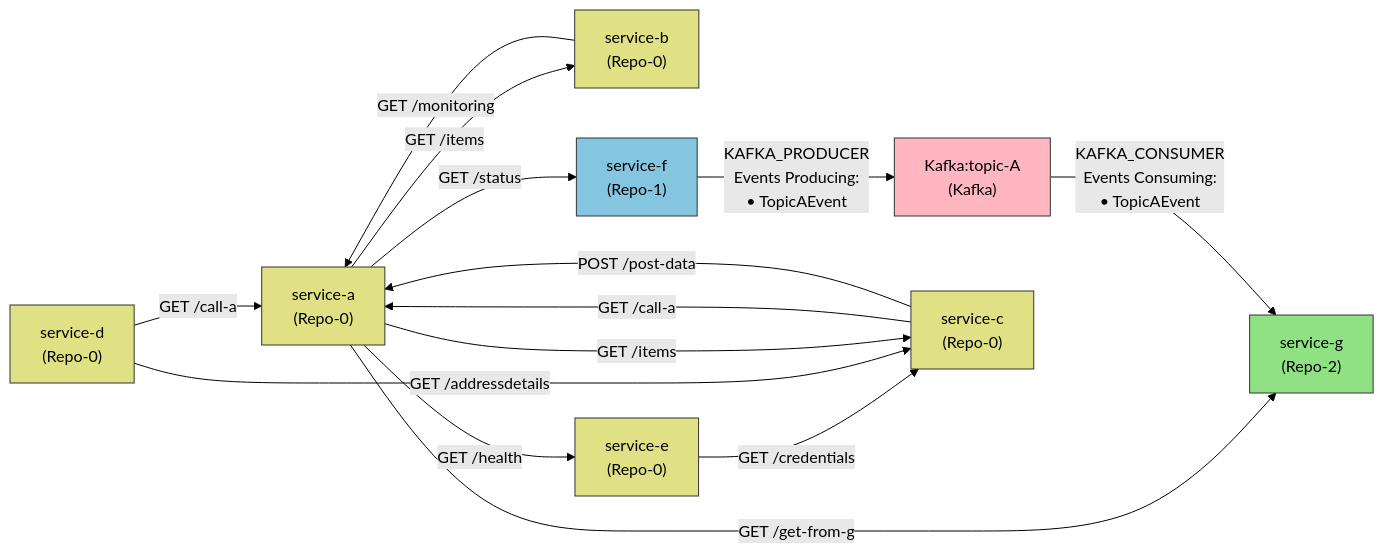
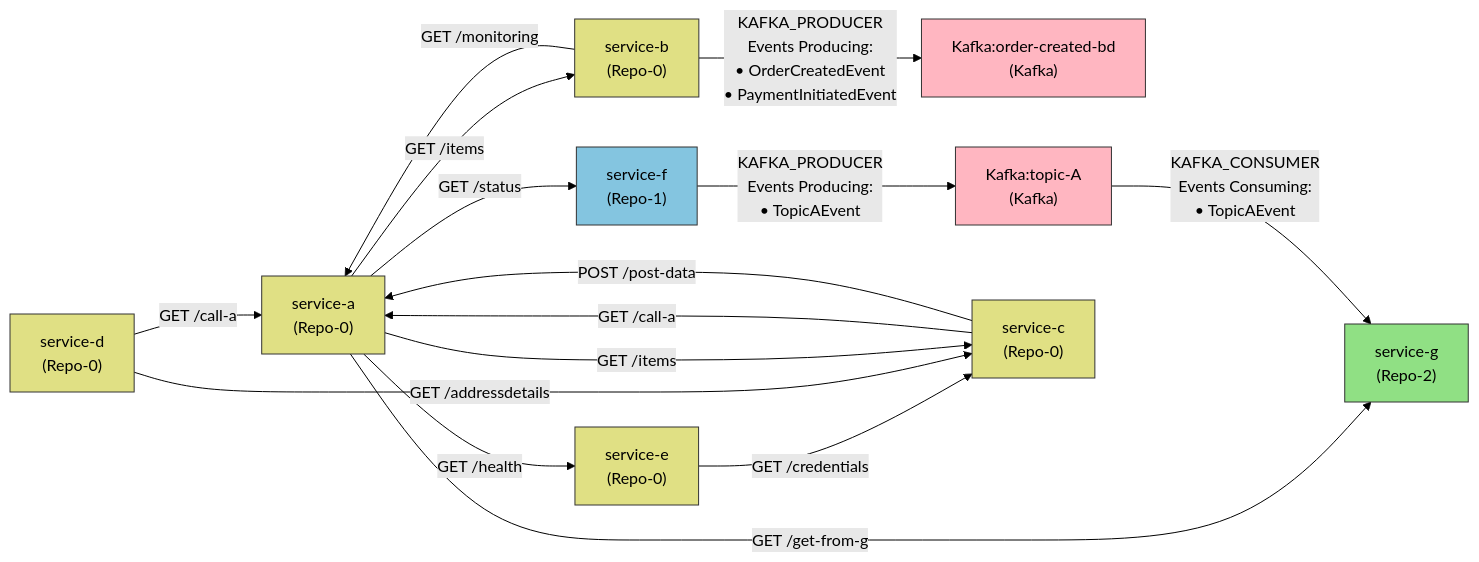
The diagram in output/deps.md (lokesh0507/First_project), drawn with Mermaid (forest theme) before and after one commit. The commit also changed 1 other file, not shown here.

Commit message:
Auto-update dependency graph

````diff
--- a/output/deps.md
+++ b/output/deps.md
@@ -1,43 +1,46 @@
 ```mermaid
 graph LR
 classDef Kafka fill:#FFB6C1,stroke:#333,color:#000
 classDef Repo_0 fill:#E0E084,stroke:#333,color:#000
 classDef Repo_1 fill:#84C5E0,stroke:#333,color:#000
 classDef Repo_2 fill:#90E084,stroke:#333,color:#000
 
+  Kafka_order_created_bd["Kafka:order-created-bd
+(Kafka)"]
   Kafka_topic_A["Kafka:topic-A
 (Kafka)"]
   service_a["service-a
 (Repo-0)"]
   service_b["service-b
 (Repo-0)"]
   service_c["service-c
 (Repo-0)"]
   service_d["service-d
 (Repo-0)"]
   service_e["service-e
 (Repo-0)"]
   service_f["service-f
 (Repo-1)"]
   service_g["service-g
 (Repo-2)"]
 
   service_e -->|GET /credentials| service_c
   service_d -->|GET /call-a| service_a
   service_d -->|GET /addressdetails| service_c
   service_a -->|GET /items| service_b
   service_a -->|GET /items| service_c
   service_a -->|GET /health| service_e
   service_a -->|GET /get-from-g| service_g
   service_a -->|GET /status| service_f
   service_c -->|GET /call-a| service_a
   service_c -->|POST /post-data| service_a
   service_b -->|GET /monitoring| service_a
+  service_b -->|"KAFKA_PRODUCER<br/>Events Producing:<br/>• OrderCreatedEvent<br/>• PaymentInitiatedEvent"| Kafka_order_created_bd
   Kafka_topic_A -->|"KAFKA_CONSUMER<br/>Events Consuming:<br/>• TopicAEvent"| service_g
   service_f -->|"KAFKA_PRODUCER<br/>Events Producing:<br/>• TopicAEvent"| Kafka_topic_A
 
-class Kafka_topic_A Kafka
+class Kafka_order_created_bd,Kafka_topic_A Kafka
 class service_a,service_b,service_c,service_d,service_e Repo_0
 class service_f Repo_1
 class service_g Repo_2
 ```
````
